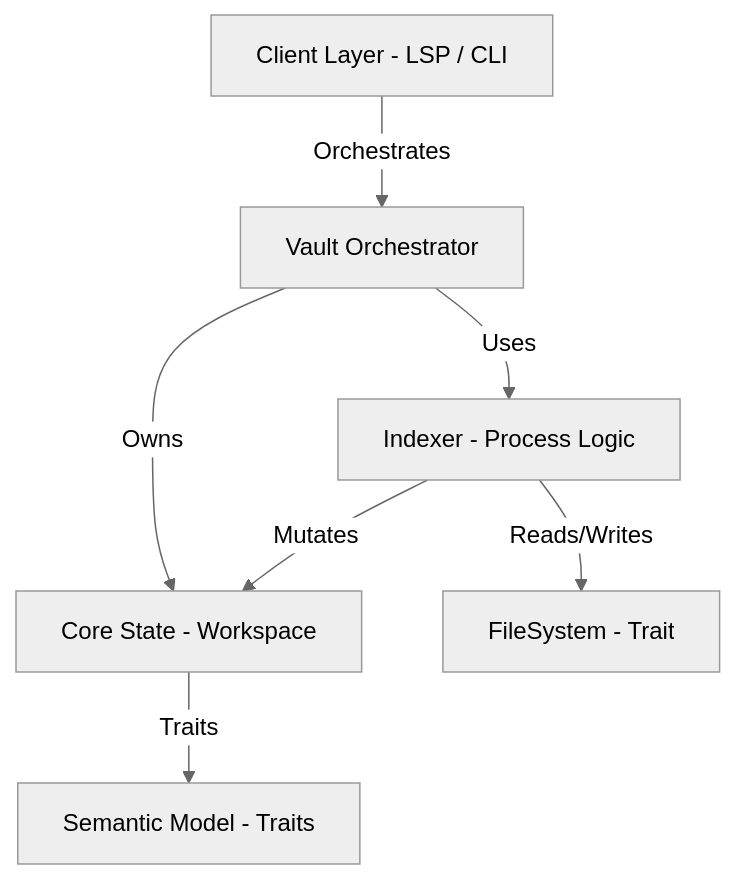
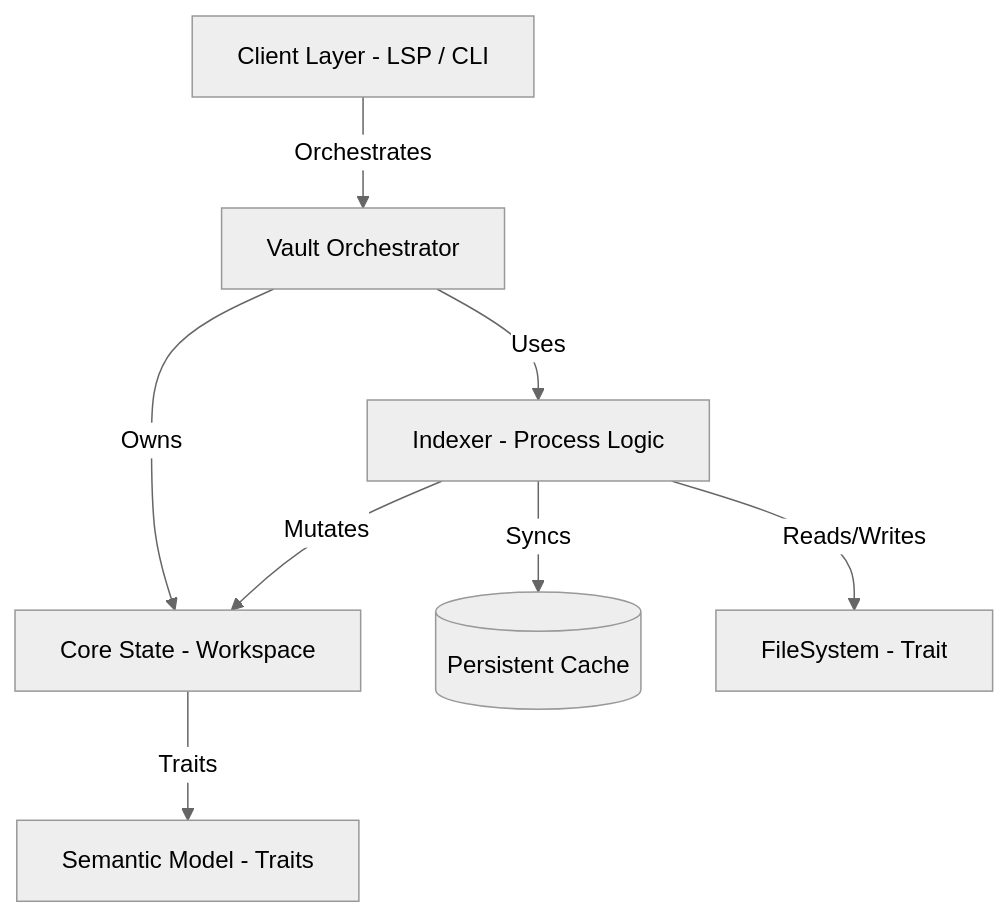
Before and after one commit to rrandom/dendrite: the first of 2 diagrams in design/architecture.md, drawn with Mermaid (neutral theme). The commit also changed other lines of this file and 3 other files, not shown here.

````diff
--- a/design/architecture.md
+++ b/design/architecture.md
@@ -9,16 +9,18 @@
 ```mermaid
 graph TD
     Client[Client Layer - LSP / CLI]
     Vault[Vault Orchestrator]
     Indexer[Indexer - Process Logic]
     Core[Core State - Workspace]
+    Cache[(Persistent Cache)]
     Strategy[Semantic Model - Traits]
     VFS[FileSystem - Trait]
     
     Client -- Orchestrates --> Vault
     Vault -- Owns --> Core
     Vault -- Uses --> Indexer
     Indexer -- Mutates --> Core
     Indexer -- Reads/Writes --> VFS
+    Indexer -- Syncs --> Cache
     Core -- Traits --> Strategy
 ```
````
